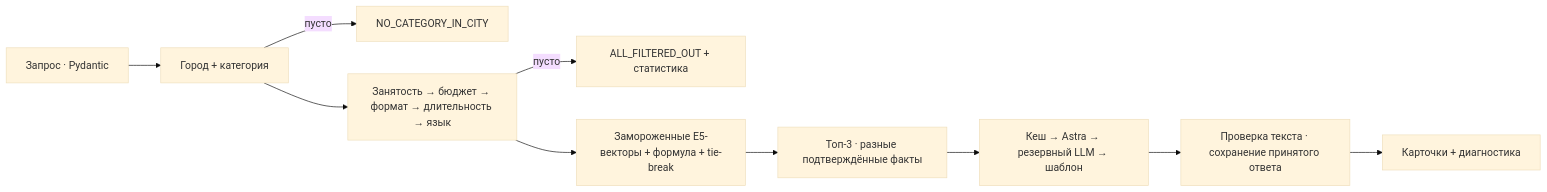
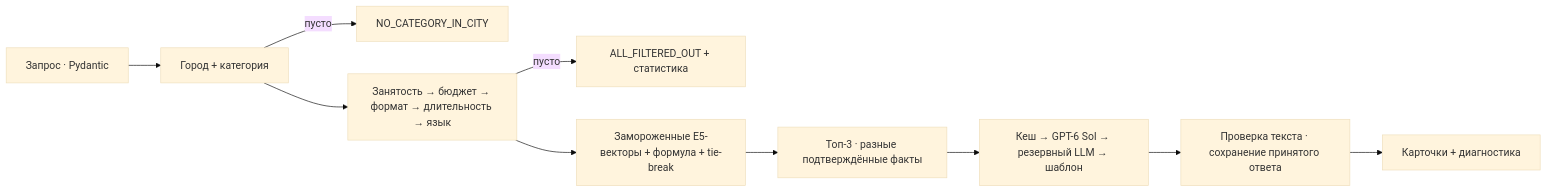
The diagram in README.md (BAITC-Hacks/hack-89a1ad55-the-good-the-bad-and-the-ugly), drawn with Mermaid (base theme) before and after one commit. The commit also changed other lines of this file and 32 other files, not shown here.

````diff
--- a/README.md
+++ b/README.md
@@ -51,12 +61,12 @@
 ```mermaid
 flowchart LR
   A[Запрос · Pydantic] --> B[Город + категория]
   B -->|пусто| N[NO_CATEGORY_IN_CITY]
   B --> C[Занятость → бюджет → формат → длительность → язык]
   C -->|пусто| F[ALL_FILTERED_OUT + статистика]
   C --> D[Замороженные E5-векторы + формула + tie-break]
   D --> E[Топ-3 · разные подтверждённые факты]
-  E --> G[Кеш → Astra → резервный LLM → шаблон]
+  E --> G[Кеш → GPT-6 Sol → резервный LLM → шаблон]
   G --> H[Проверка текста · сохранение принятого ответа]
   H --> I[Карточки + диагностика]
 ```
````
